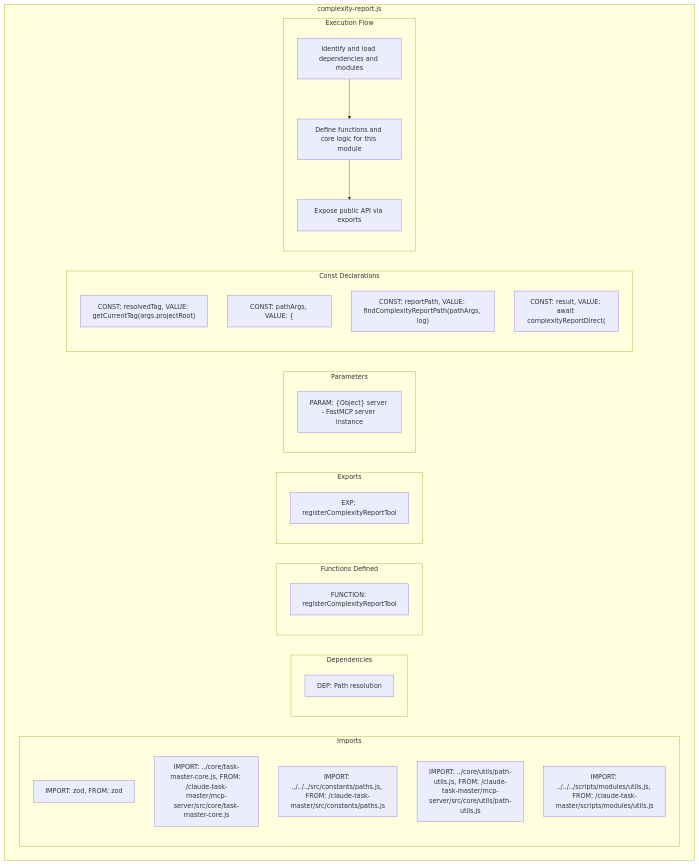
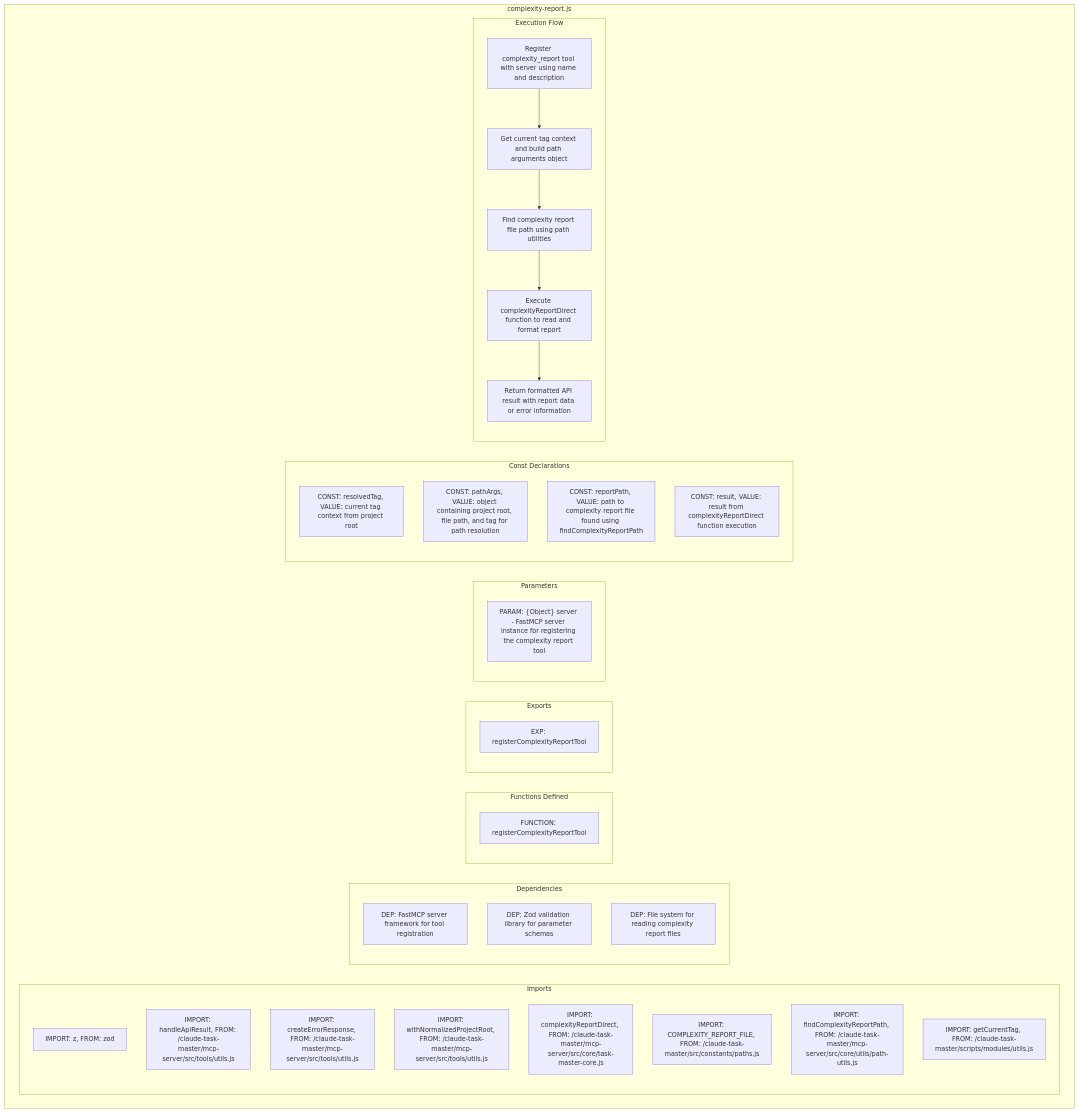
One commit to trutkowski22/claude-task-master changed the diagram in project-overlord-context/Mermaid-Diagrams/Interface-Layer/mcp-server/src/tools/complexity-report.js_diagram.mmd. Above: the diagram before and after it, drawn with Mermaid. The commit also changed 199 other files, not shown here.

````diff
--- a/project-overlord-context/Mermaid-Diagrams/Interface-Layer/mcp-server/src/tools/complexity-report.js_diagram.mmd
+++ b/project-overlord-context/Mermaid-Diagrams/Interface-Layer/mcp-server/src/tools/complexity-report.js_diagram.mmd
@@ -1,44 +1,61 @@
 ```mermaid
 flowchart TB
     subgraph Imports["Imports"]
-        I1["IMPORT: zod, FROM: zod"]
-        I2["IMPORT: ../core/task-master-core.js, FROM: /claude-task-master/mcp-server/src/core/task-master-core.js"]
-        I3["IMPORT: ../../../src/constants/paths.js, FROM: /claude-task-master/src/constants/paths.js"]
-        I4["IMPORT: ../core/utils/path-utils.js, FROM: /claude-task-master/mcp-server/src/core/utils/path-utils.js"]
-        I5["IMPORT: ../../../scripts/modules/utils.js, FROM: /claude-task-master/scripts/modules/utils.js"]
+        I1["IMPORT: z, FROM: zod"]
+        I2["IMPORT: handleApiResult, FROM: /claude-task-master/mcp-server/src/tools/utils.js"]
+        I3["IMPORT: createErrorResponse, FROM: /claude-task-master/mcp-server/src/tools/utils.js"]
+        I4["IMPORT: withNormalizedProjectRoot, FROM: /claude-task-master/mcp-server/src/tools/utils.js"]
+        I5["IMPORT: complexityReportDirect, FROM: /claude-task-master/mcp-server/src/core/task-master-core.js"]
+        I6["IMPORT: COMPLEXITY_REPORT_FILE, FROM: /claude-task-master/src/constants/paths.js"]
+        I7["IMPORT: findComplexityReportPath, FROM: /claude-task-master/mcp-server/src/core/utils/path-utils.js"]
+        I8["IMPORT: getCurrentTag, FROM: /claude-task-master/scripts/modules/utils.js"]
     end
+    
     subgraph Dependencies["Dependencies"]
-        D1["DEP: Path resolution"]
+        D1["DEP: FastMCP server framework for tool registration"]
+        D2["DEP: Zod validation library for parameter schemas"]
+        D3["DEP: File system for reading complexity report files"]
     end
+    
     subgraph FunctionsDefined["Functions Defined"]
         FU1["FUNCTION: registerComplexityReportTool"]
     end
+    
     subgraph Exports["Exports"]
         E1["EXP: registerComplexityReportTool"]
     end
+    
     subgraph Parameters["Parameters"]
-        P1["PARAM: {Object} server - FastMCP server instance"]
+        P1["PARAM: {Object} server - FastMCP server instance for registering the complexity report tool"]
     end
+    
     subgraph Constants["Const Declarations"]
-        C1["CONST: resolvedTag, VALUE: getCurrentTag(args.projectRoot)"]
-        C2["CONST: pathArgs, VALUE: {"]
-        C3["CONST: reportPath, VALUE: findComplexityReportPath(pathArgs, log)"]
-        C4["CONST: result, VALUE: await complexityReportDirect("]
+        C1["CONST: resolvedTag, VALUE: current tag context from project root"]
+        C2["CONST: pathArgs, VALUE: object containing project root, file path, and tag for path resolution"]
+        C3["CONST: reportPath, VALUE: path to complexity report file found using findComplexityReportPath"]
+        C4["CONST: result, VALUE: result from complexityReportDirect function execution"]
     end
+    
     subgraph ExecutionFlow["Execution Flow"]
-        FL1["Identify and load dependencies and modules"]
-        FL2["Define functions and core logic for this module"]
-        FL3["Expose public API via exports"]
+        FL1["Register complexity_report tool with server using name and description"]
+        FL2["Get current tag context and build path arguments object"]
+        FL3["Find complexity report file path using path utilities"]
+        FL4["Execute complexityReportDirect function to read and format report"]
+        FL5["Return formatted API result with report data or error information"]
     end
-    subgraph FileName["complexity-report.js"]
+    
+    subgraph complexityReport["complexity-report.js"]
         Imports
         Dependencies
         FunctionsDefined
         Exports
         Parameters
         Constants
         ExecutionFlow
     end
+    
     FL1 --> FL2
     FL2 --> FL3
+    FL3 --> FL4
+    FL4 --> FL5
 ```
````
